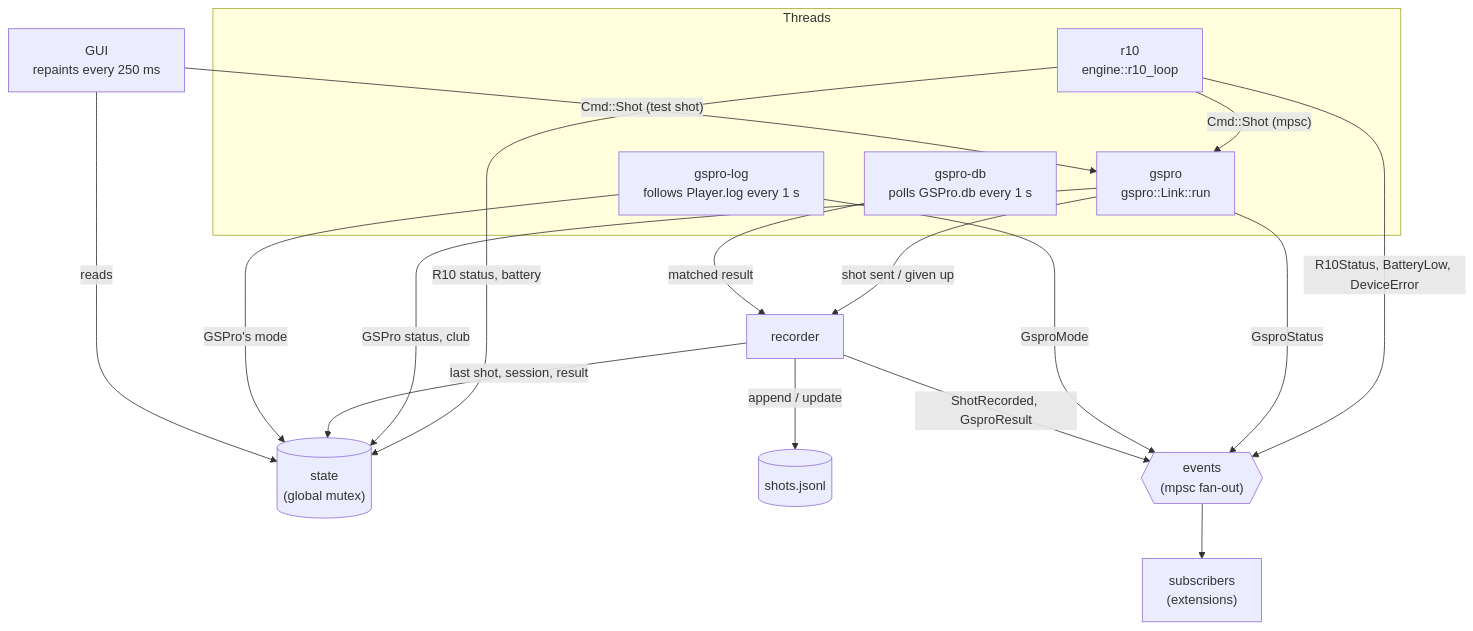
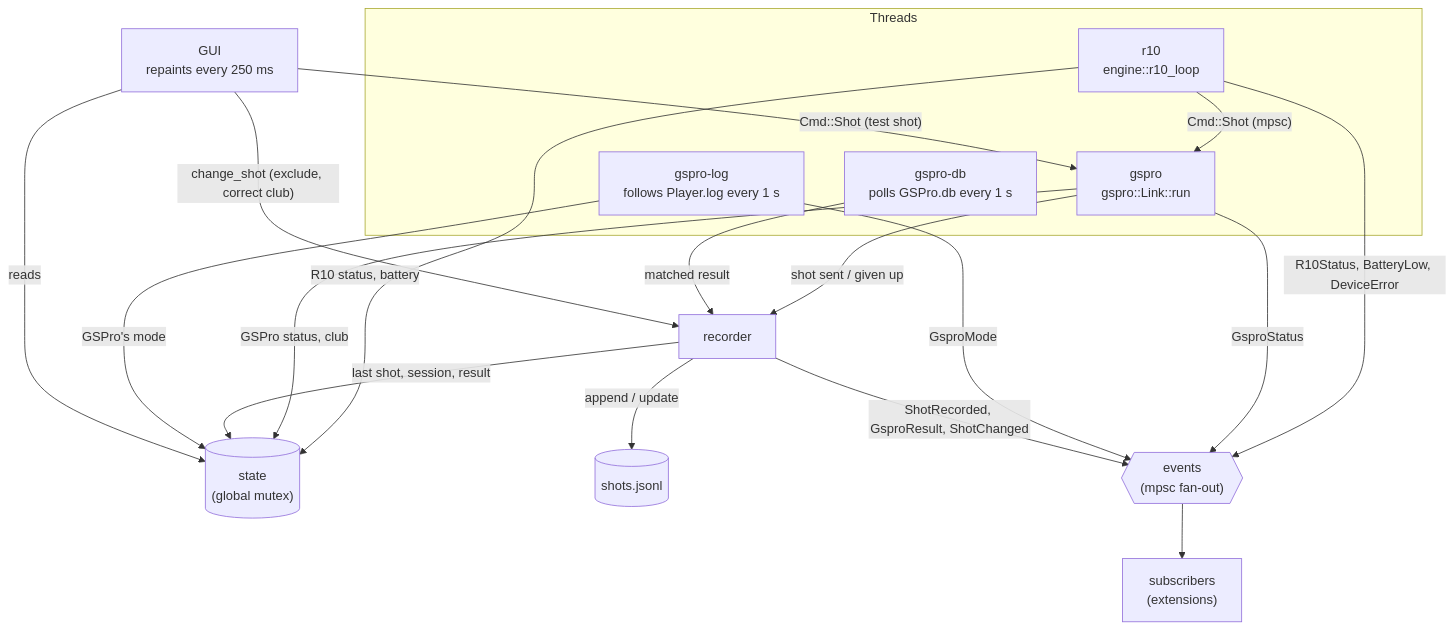
One commit to chgl42/golfsim-connect changed the second of 3 diagrams in docs/architecture.md. Above: the diagram before and after it, drawn with Mermaid. The commit also changed other lines of this file and 13 other files, not shown here.

First line of the commit message:
Change shots through one function; correct a shot's club

````diff
--- a/docs/architecture.md
+++ b/docs/architecture.md
@@ -115,30 +115,31 @@
 ```mermaid
 flowchart TB
   subgraph threads["Threads"]
     R["r10<br/>engine::r10_loop"]
     G["gspro<br/>gspro::Link::run"]
     D["gspro-db<br/>polls GSPro.db every 1 s"]
     L["gspro-log<br/>follows Player.log every 1 s"]
   end
   UI["GUI<br/>repaints every 250 ms"]
   S[("state<br/>(global mutex)")]
   H[("shots.jsonl")]
   REC["recorder"]
   EV{{"events<br/>(mpsc fan-out)"}}
   SUB["subscribers<br/>(extensions)"]
   R -- "Cmd::Shot (mpsc)" --> G
   R -- "R10 status, battery" --> S
   G -- "GSPro status, club" --> S
   G -- "shot sent / given up" --> REC
   D -- "matched result" --> REC
   REC -- "last shot, session, result" --> S
   REC -- "append / update" --> H
   R -- "R10Status, BatteryLow, DeviceError" --> EV
   G -- "GsproStatus" --> EV
   L -- "GSPro's mode" --> S
   L -- "GsproMode" --> EV
-  REC -- "ShotRecorded, GsproResult" --> EV
+  REC -- "ShotRecorded, GsproResult, ShotChanged" --> EV
   EV --> SUB
   UI -- "reads" --> S
+  UI -- "change_shot (exclude, correct club)" --> REC
   UI -- "Cmd::Shot (test shot)" --> G
 ```
````
